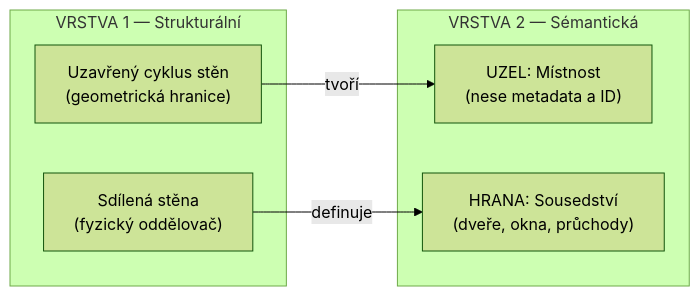
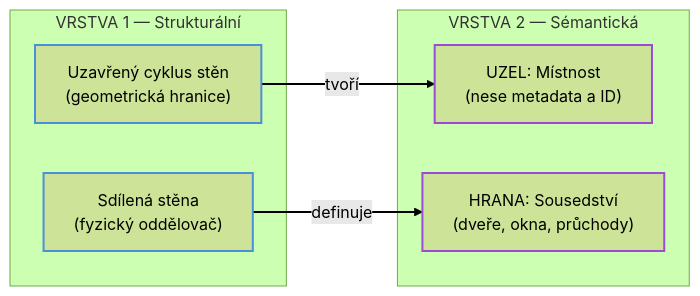
One commit to TheGingeros/floorplanmaster changed the diagram in docs/sections/03_Design/02_data_model.md. Above: the diagram before and after it, drawn with Mermaid (forest theme). The commit also changed 2 other files, not shown here.

Commit message:
diagram color theme change
changed color schemes for all mermaid diagrams in the code to ensure
good visibility in both IDE and gitlab spaces

````diff
--- a/docs/sections/03_Design/02_data_model.md
+++ b/docs/sections/03_Design/02_data_model.md
@@ -12,14 +12,18 @@
 ```mermaid
 flowchart LR
     subgraph V1["VRSTVA 1 — Strukturální"]
-        C1["Uzavřený cyklus stěn<br/>(geometrická hranice)"]
-        C2["Sdílená stěna<br/>(fyzický oddělovač)"]
+        C1["Uzavřený cyklus stěn<br/>(geometrická hranice)"]:::v1
+        C2["Sdílená stěna<br/>(fyzický oddělovač)"]:::v1
     end
     subgraph V2["VRSTVA 2 — Sémantická"]
-        R1["UZEL: Místnost<br/>(nese metadata a ID)"]
-        R2["HRANA: Sousedství<br/>(dveře, okna, průchody)"]
+        R1["UZEL: Místnost<br/>(nese metadata a ID)"]:::v2
+        R2["HRANA: Sousedství<br/>(dveře, okna, průchody)"]:::v2
     end
 
     C1 -->|"tvoří"| R1
     C2 -->|"definuje"| R2
+
+    classDef v1 stroke:#4a90d9,stroke-width:2px
+    classDef v2 stroke:#9b4ad9,stroke-width:2px
+    linkStyle default stroke-width:2px
 ```
````
